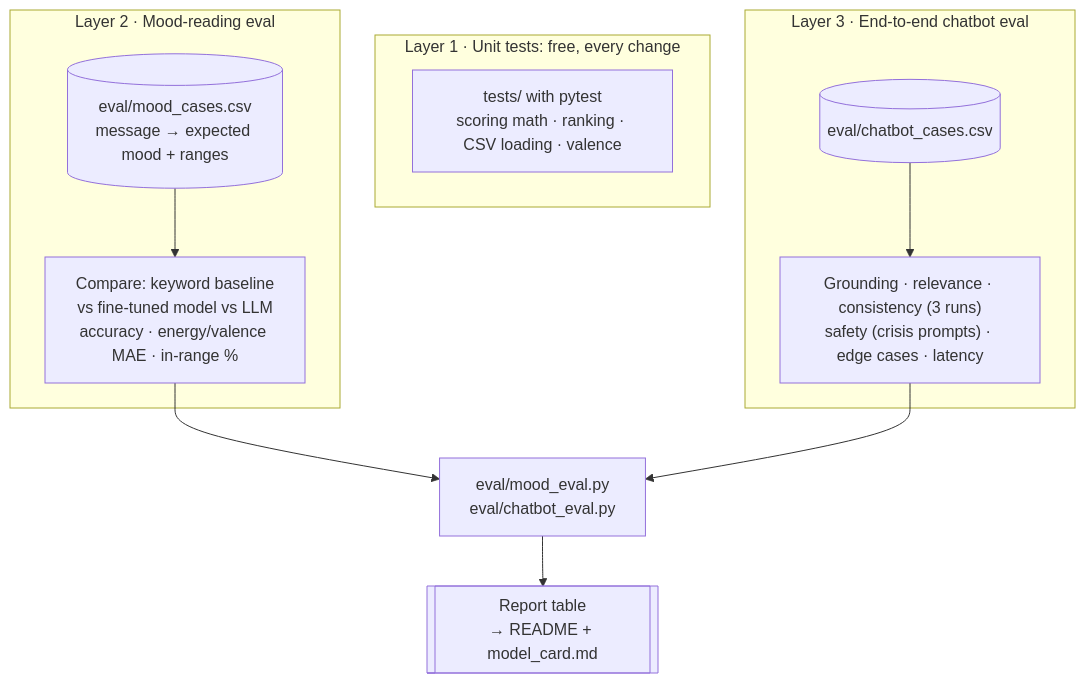
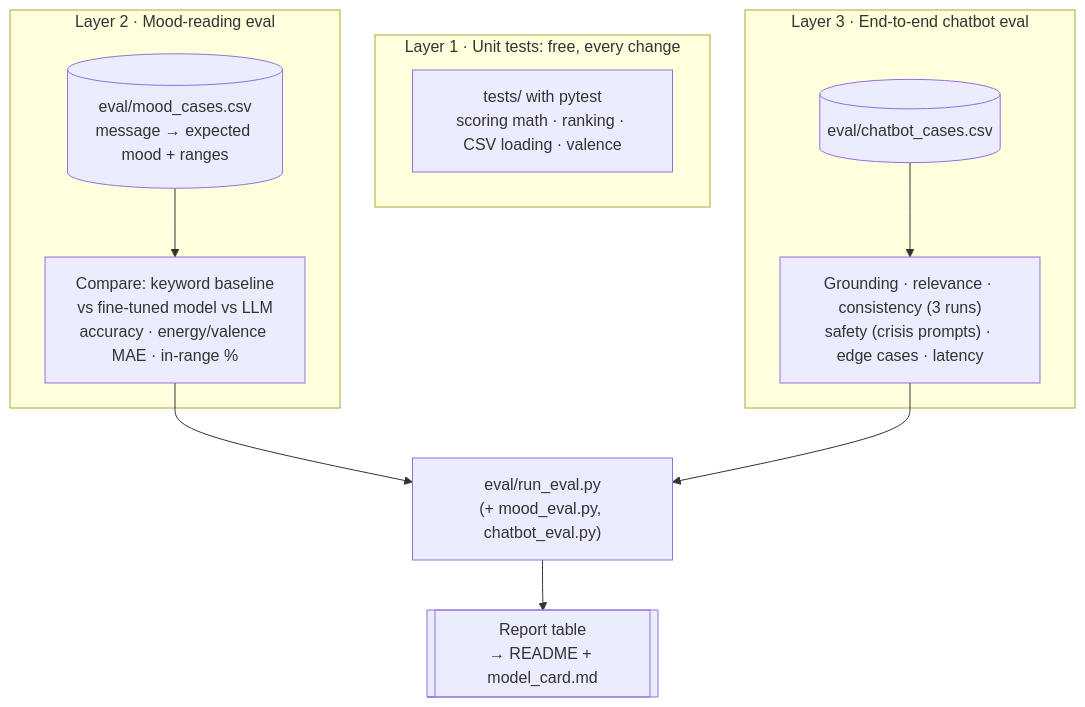
One commit to EthanRod267/applied-ai-system-TunedIn-project changed the fourth of 4 diagrams in diagrams/system.md. Above: the diagram before and after it, drawn with Mermaid. The commit also changed other lines of this file and 5 other files, not shown here.

````diff
--- a/diagrams/system.md
+++ b/diagrams/system.md
@@ -96,22 +96,22 @@
 ```mermaid
 flowchart TB
     subgraph L1["Layer 1 · Unit tests: free, every change"]
         T1["tests/ with pytest<br/>scoring math · ranking · CSV loading · valence"]
     end
 
     subgraph L2["Layer 2 · Mood-reading eval"]
         C2[("eval/mood_cases.csv<br/>message → expected mood + ranges")]
         E2["Compare: keyword baseline<br/>vs fine-tuned model vs LLM<br/>accuracy · energy/valence MAE · in-range %"]
         C2 --> E2
     end
 
     subgraph L3["Layer 3 · End-to-end chatbot eval"]
         C3[("eval/chatbot_cases.csv")]
         E3["Grounding · relevance · consistency (3 runs)<br/>safety (crisis prompts) · edge cases · latency"]
         C3 --> E3
     end
 
         E2 --> RUN
     E3 --> RUN
-    RUN["eval/mood_eval.py<br/>eval/chatbot_eval.py"] --> REP[["Report table<br/>→ README + model_card.md"]]
+    RUN["eval/run_eval.py<br/>(+ mood_eval.py, chatbot_eval.py)"] --> REP[["Report table<br/>→ README + model_card.md"]]
 ```
````
